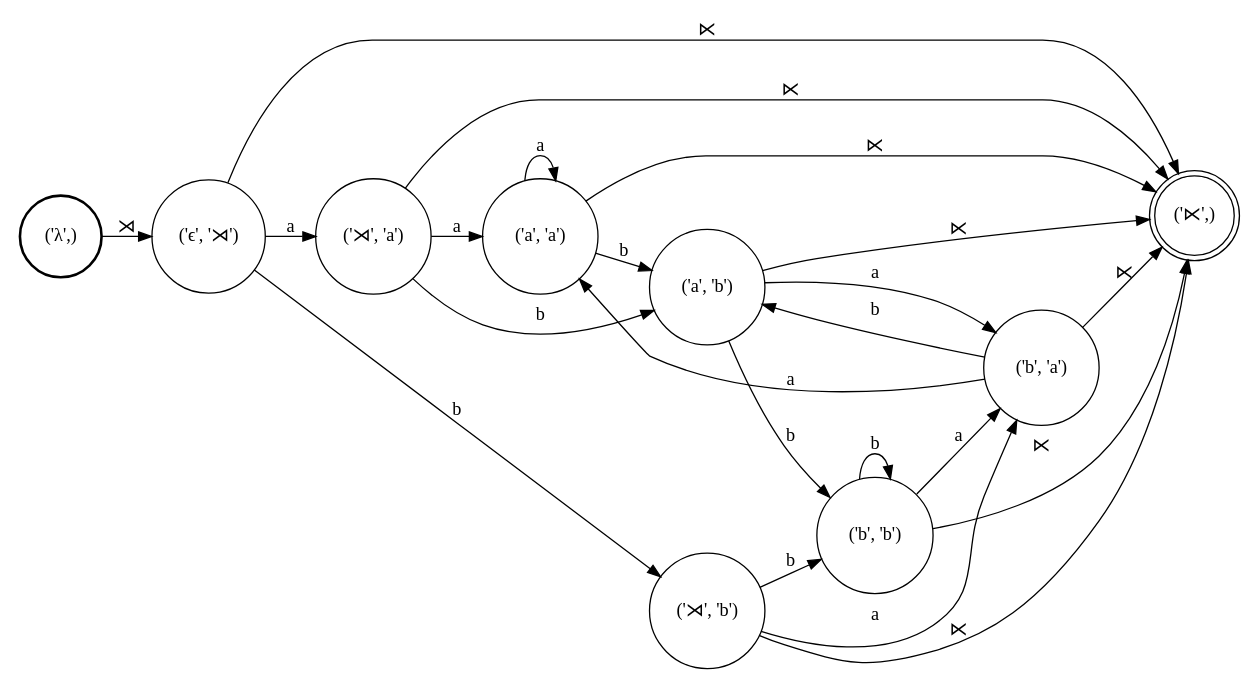
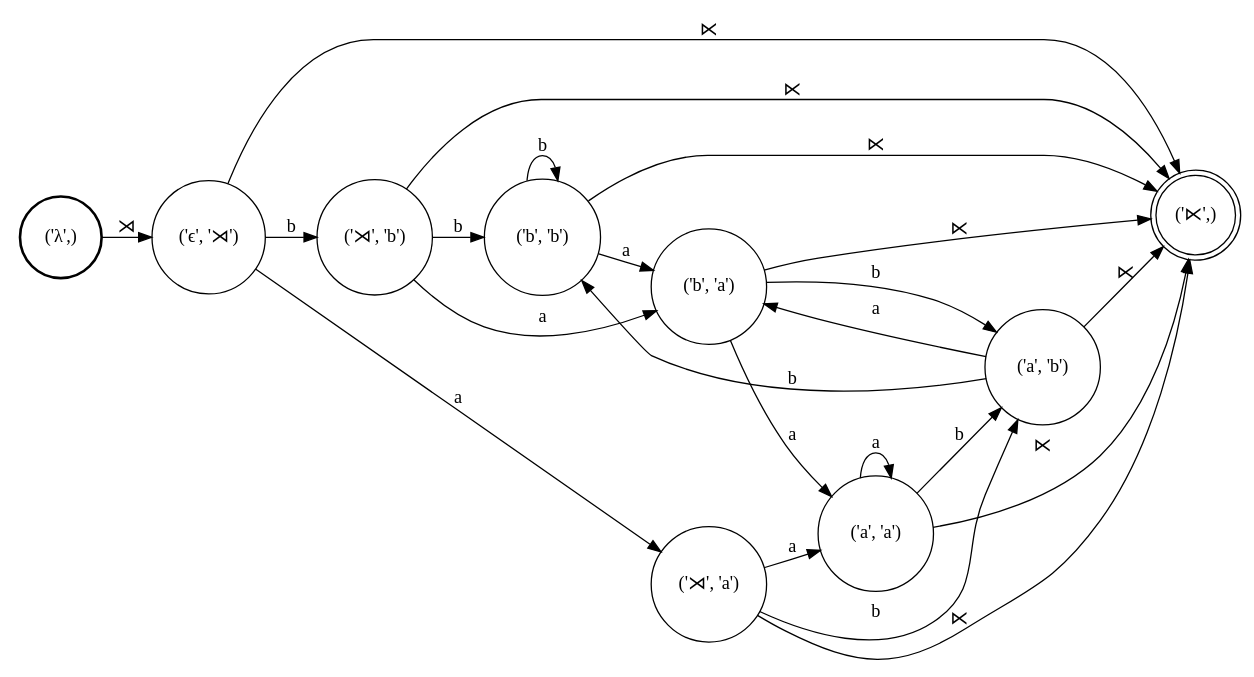
Before and after one commit to colincwilson/wynini: the diagram in demo/L.dot, drawn with Graphviz. The commit also changed 12 other files, not shown here.

```diff
--- a/demo/L.dot
+++ b/demo/L.dot
@@ -1,39 +1,39 @@
 digraph FST {
 rankdir = LR;
 size = "8.5,11";
 center = 1;
 orientation = Portrait;
 ranksep = "0.4";
 nodesep = "0.25";
 0 [label = "('λ',)", shape = circle, style = bold, fontsize = 14]
 	0 -> 1 [label = "⋊", fontsize = 14];
 1 [label = "('ϵ', '⋊')", shape = circle, style = solid, fontsize = 14]
-	1 -> 2 [label = "a", fontsize = 14];
-	1 -> 3 [label = "b", fontsize = 14];
+	1 -> 2 [label = "b", fontsize = 14];
+	1 -> 3 [label = "a", fontsize = 14];
 	1 -> 8 [label = "⋉", fontsize = 14];
-2 [label = "('⋊', 'a')", shape = circle, style = solid, fontsize = 14]
-	2 -> 6 [label = "a", fontsize = 14];
-	2 -> 7 [label = "b", fontsize = 14];
+2 [label = "('⋊', 'b')", shape = circle, style = solid, fontsize = 14]
+	2 -> 6 [label = "b", fontsize = 14];
+	2 -> 7 [label = "a", fontsize = 14];
 	2 -> 8 [label = "⋉", fontsize = 14];
-3 [label = "('⋊', 'b')", shape = circle, style = solid, fontsize = 14]
-	3 -> 4 [label = "a", fontsize = 14];
-	3 -> 5 [label = "b", fontsize = 14];
+3 [label = "('⋊', 'a')", shape = circle, style = solid, fontsize = 14]
+	3 -> 4 [label = "b", fontsize = 14];
+	3 -> 5 [label = "a", fontsize = 14];
 	3 -> 8 [label = "⋉", fontsize = 14];
-4 [label = "('b', 'a')", shape = circle, style = solid, fontsize = 14]
-	4 -> 6 [label = "a", fontsize = 14];
-	4 -> 7 [label = "b", fontsize = 14];
+4 [label = "('a', 'b')", shape = circle, style = solid, fontsize = 14]
+	4 -> 6 [label = "b", fontsize = 14];
+	4 -> 7 [label = "a", fontsize = 14];
 	4 -> 8 [label = "⋉", fontsize = 14];
-5 [label = "('b', 'b')", shape = circle, style = solid, fontsize = 14]
-	5 -> 4 [label = "a", fontsize = 14];
-	5 -> 5 [label = "b", fontsize = 14];
+5 [label = "('a', 'a')", shape = circle, style = solid, fontsize = 14]
+	5 -> 4 [label = "b", fontsize = 14];
+	5 -> 5 [label = "a", fontsize = 14];
 	5 -> 8 [label = "⋉", fontsize = 14];
-6 [label = "('a', 'a')", shape = circle, style = solid, fontsize = 14]
-	6 -> 6 [label = "a", fontsize = 14];
-	6 -> 7 [label = "b", fontsize = 14];
+6 [label = "('b', 'b')", shape = circle, style = solid, fontsize = 14]
+	6 -> 6 [label = "b", fontsize = 14];
+	6 -> 7 [label = "a", fontsize = 14];
 	6 -> 8 [label = "⋉", fontsize = 14];
-7 [label = "('a', 'b')", shape = circle, style = solid, fontsize = 14]
-	7 -> 4 [label = "a", fontsize = 14];
-	7 -> 5 [label = "b", fontsize = 14];
+7 [label = "('b', 'a')", shape = circle, style = solid, fontsize = 14]
+	7 -> 4 [label = "b", fontsize = 14];
+	7 -> 5 [label = "a", fontsize = 14];
 	7 -> 8 [label = "⋉", fontsize = 14];
 8 [label = "('⋉',)", shape = doublecircle, style = solid, fontsize = 14]
 }
```
